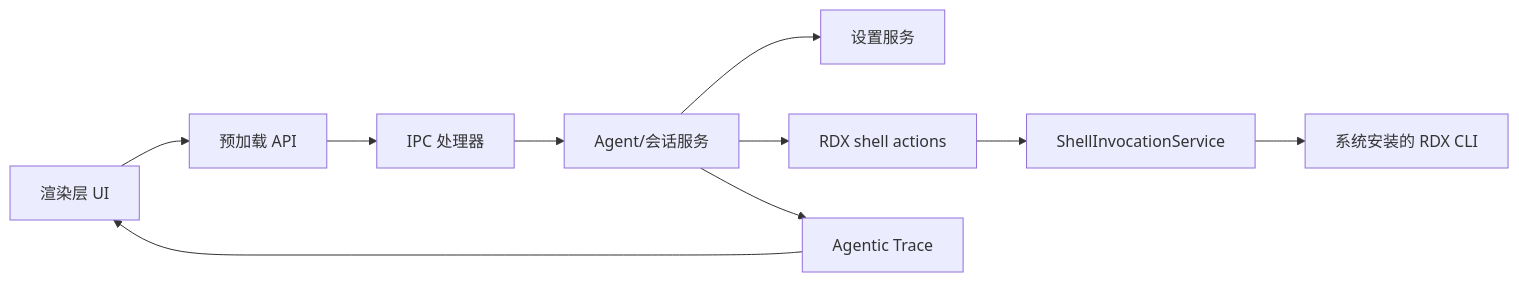
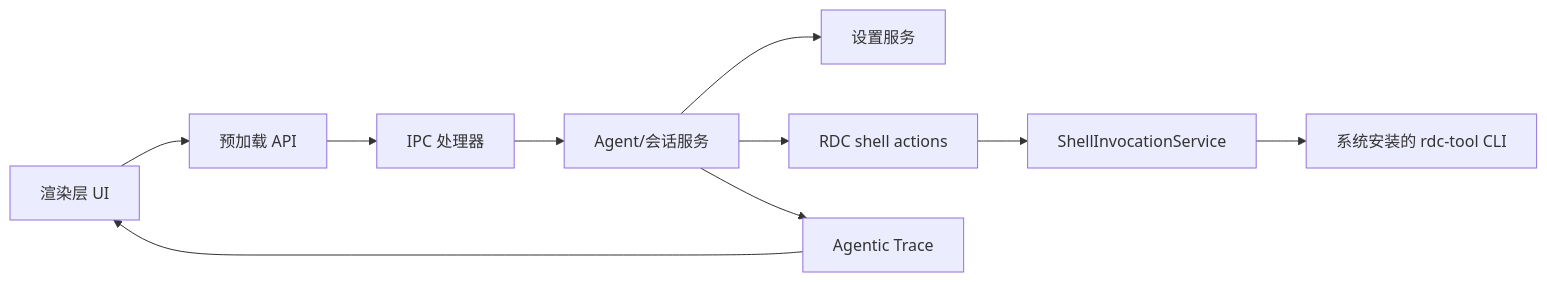
The second of 8 diagrams in .qoder/repowiki/zh/content/项目概述.md (haolange/RDC-Agent), drawn with Mermaid before and after one commit. The commit also changed other lines of this file and 557 other files, not shown here.

First line of the commit message:
Unify RDC-Agent identity and canonical RDC-Tool integration

````diff
--- a/.qoder/repowiki/zh/content/项目概述.md
+++ b/.qoder/repowiki/zh/content/项目概述.md
@@ -99,12 +99,12 @@
 ```mermaid
 flowchart LR
 Renderer["渲染层 UI"] --> Preload["预加载 API"]
 Preload --> IPC["IPC 处理器"]
 IPC --> Runtime["Agent/会话服务"]
 Runtime --> Settings["设置服务"]
-Runtime --> Actions["RDX shell actions"]
+Runtime --> Actions["RDC shell actions"]
 Actions --> Shell["ShellInvocationService"]
-Shell --> CLI["系统安装的 RDX CLI"]
+Shell --> CLI["系统安装的 rdc-tool CLI"]
 Runtime --> Trace["Agentic Trace"]
 Trace --> Renderer
 ```
````
